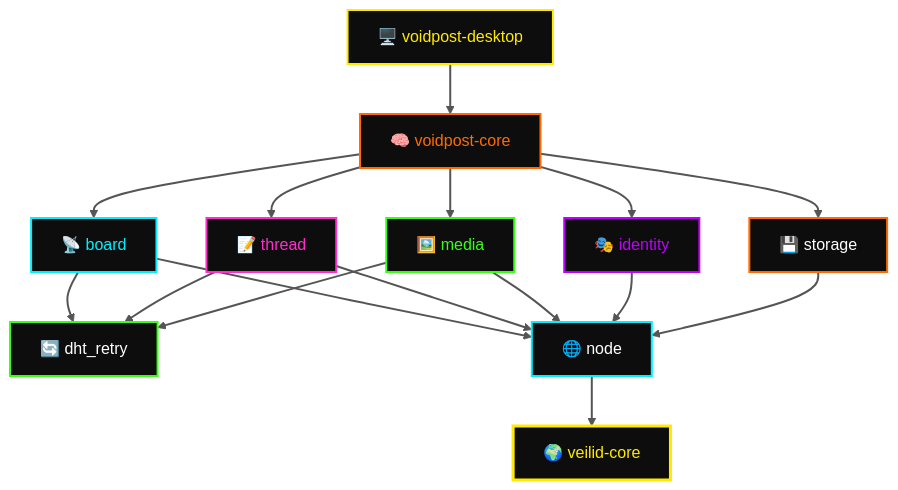
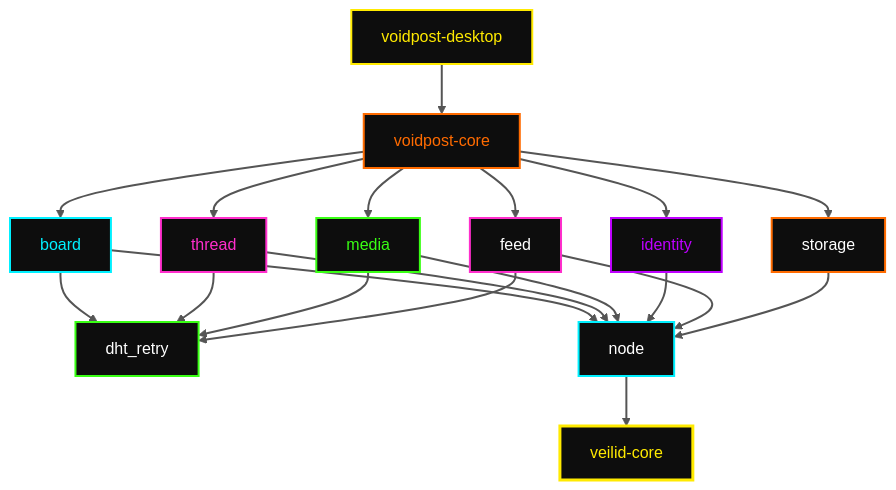
One commit to forria64/voidpost changed the seventh of 7 diagrams in README.md. Above: the diagram before and after it, drawn with Mermaid. The commit also changed other lines of this file, not shown here.

Commit message:
docs: made 'em boring, architecture change

````diff
--- a/README.md
+++ b/README.md
@@ -667,42 +512,47 @@
 ```mermaid
 graph TD
-  APP["🖥️ voidpost-desktop"]
-  CORE["🧠 voidpost-core"]
-  BOARD["📡 board"]
-  THREAD["📝 thread"]
-  MEDIA["🖼️ media"]
-  IDENTITY["🎭 identity"]
-  DHT["🔄 dht_retry"]
-  STORAGE["💾 storage"]
-  NODE["🌐 node"]
-  VEILID["🌍 veilid-core"]
+  APP["voidpost-desktop"]
+  CORE["voidpost-core"]
+  BOARD["board"]
+  THREAD["thread"]
+  MEDIA["media"]
+  IDENTITY["identity"]
+  FEED["feed"]
+  DHT["dht_retry"]
+  STORAGE["storage"]
+  NODE["node"]
+  VEILID["veilid-core"]
 
   APP --> CORE
   CORE --> BOARD
   CORE --> THREAD
   CORE --> MEDIA
   CORE --> IDENTITY
+  CORE --> FEED
   CORE --> STORAGE
   BOARD --> NODE
   BOARD --> DHT
   THREAD --> NODE
   THREAD --> DHT
   MEDIA --> NODE
   MEDIA --> DHT
   IDENTITY --> NODE
+  FEED --> NODE
+  FEED --> DHT
   STORAGE --> NODE
   NODE --> VEILID
 
   style APP fill:#0d0d0d,stroke:#ffea00,stroke-width:2px,color:#ffea00
   style CORE fill:#0d0d0d,stroke:#ff6b00,stroke-width:2px,color:#ff6b00
   style BOARD fill:#0d0d0d,stroke:#00f0ff,stroke-width:2px,color:#00f0ff
   style THREAD fill:#0d0d0d,stroke:#ff2ecc,stroke-width:2px,color:#ff2ecc
   style MEDIA fill:#0d0d0d,stroke:#39ff14,stroke-width:2px,color:#39ff14
   style IDENTITY fill:#0d0d0d,stroke:#bf00ff,stroke-width:2px,color:#bf00ff
+  style FEED fill:#0d0d0d,stroke:#ff2ecc,stroke-width:2px,color:#fff
   style DHT fill:#0d0d0d,stroke:#39ff14,stroke-width:2px,color:#fff
   style STORAGE fill:#0d0d0d,stroke:#ff6b00,stroke-width:2px,color:#fff
   style NODE fill:#0d0d0d,stroke:#00f0ff,stroke-width:2px,color:#fff
   style VEILID fill:#0d0d0d,stroke:#ffea00,stroke-width:3px,color:#ffea00
 
   linkStyle default stroke:#555,stroke-width:2px
 ```
````
